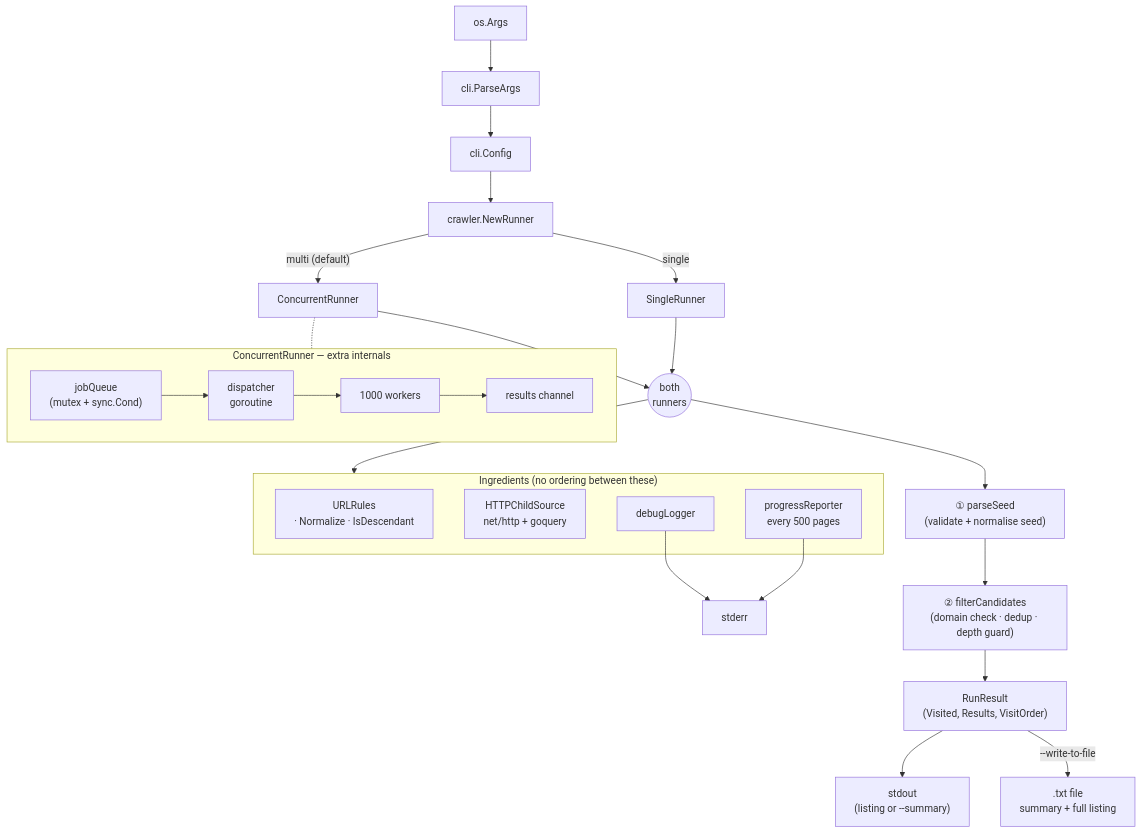
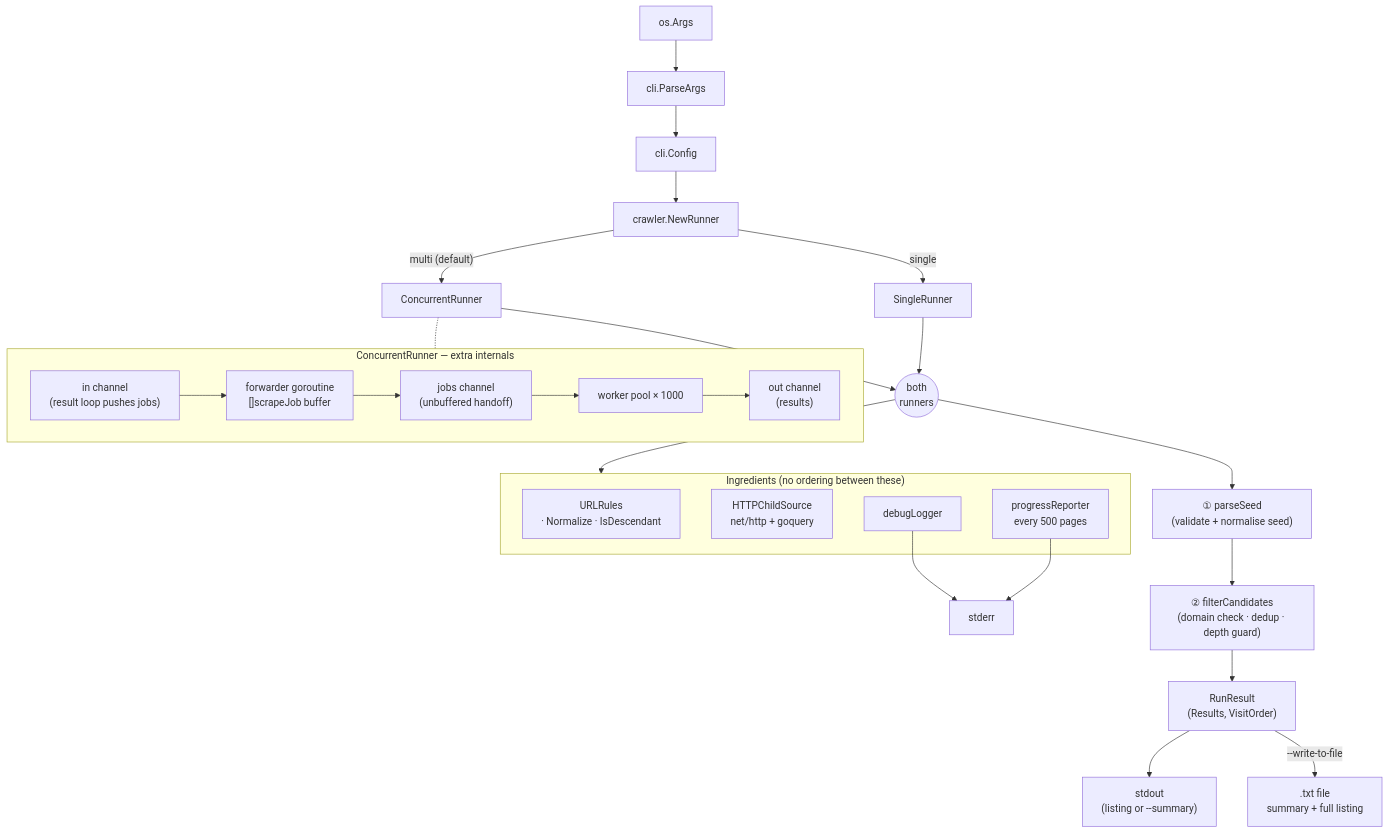
The diagram in README.md (nmattock/monzo-crawler), drawn with Mermaid before and after one commit. The commit also changed other lines of this file and 10 other files, not shown here.

````diff
--- a/README.md
+++ b/README.md
@@ -139,31 +141,33 @@
 ```mermaid
 graph TD
     args["os.Args"] --> PA["cli.ParseArgs"] --> Cfg["cli.Config"] --> NR["crawler.NewRunner"]
     NR -->|"multi (default)"| CR["ConcurrentRunner"]
     NR -->|single| SR["SingleRunner"]
 
     subgraph ci["ConcurrentRunner — extra internals"]
-        JQ["jobQueue\n(mutex + sync.Cond)"] --> D["dispatcher\ngoroutine"] --> W["1000 workers"] --> RC["results channel"]
+        IN["in channel\n(result loop pushes jobs)"] --> FW["forwarder goroutine\n[]scrapeJob buffer"]
+        FW --> J["jobs channel\n(unbuffered handoff)"] --> W["worker pool × 1000"]
+        W --> OUT["out channel\n(results)"]
     end
     CR -.- ci
 
     CR --> Both(("both\nrunners"))
     SR --> Both
 
     subgraph ing["Ingredients (no ordering between these)"]
         UR["URLRules\n· Normalize · IsDescendant"]
         HS["HTTPChildSource\nnet/http + goquery"]
         DL["debugLogger"]
         PR["progressReporter\nevery 500 pages"]
     end
 
     Both --> ing
     DL & PR --> SE["stderr"]
 
     Both --> PS["① parseSeed\n(validate + normalise seed)"]
     PS --> FC["② filterCandidates\n(domain check · dedup · depth guard)"]
-    FC --> RR["RunResult\n(Visited, Results, VisitOrder)"]
+    FC --> RR["RunResult\n(Results, VisitOrder)"]
 
     RR --> SO["stdout\n(listing or --summary)"]
     RR -->|"--write-to-file"| FI[".txt file\nsummary + full listing"]
 ```
````
